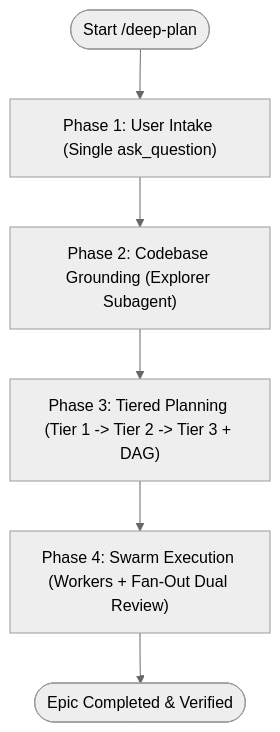
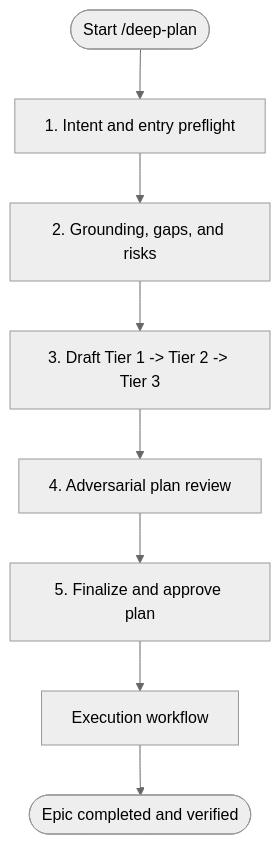
The diagram in skills/deep-plan/SKILL.md (SirRyou/project-management), drawn with Mermaid (neutral theme) before and after one commit. The commit also changed other lines of this file and 19 other files, not shown here.

Commit message:
feat(deep-plan): harden planning and swarm flow

````diff
--- a/skills/deep-plan/SKILL.md
+++ b/skills/deep-plan/SKILL.md
@@ -59,8 +42,10 @@
 ```mermaid
 flowchart TD
-    Start(["Start /deep-plan"]) --> P1["Phase 1: User Intake (Single ask_question)"]
-    P1 --> P2["Phase 2: Codebase Grounding (Explorer Subagent)"]
-    P2 --> P3["Phase 3: Tiered Planning (Tier 1 -> Tier 2 -> Tier 3 + DAG)"]
-    P3 --> P4["Phase 4: Swarm Execution (Workers + Fan-Out Dual Review)"]
-    P4 --> Done(["Epic Completed & Verified"])
+    Start(["Start /deep-plan"]) --> P1["1. Intent and entry preflight"]
+    P1 --> P2["2. Grounding, gaps, and risks"]
+    P2 --> P3["3. Draft Tier 1 -> Tier 2 -> Tier 3"]
+    P3 --> P4["4. Adversarial plan review"]
+    P4 --> P5["5. Finalize and approve plan"]
+    P5 --> P6["Execution workflow"]
+    P6 --> Done(["Epic completed and verified"])
 ```
````
